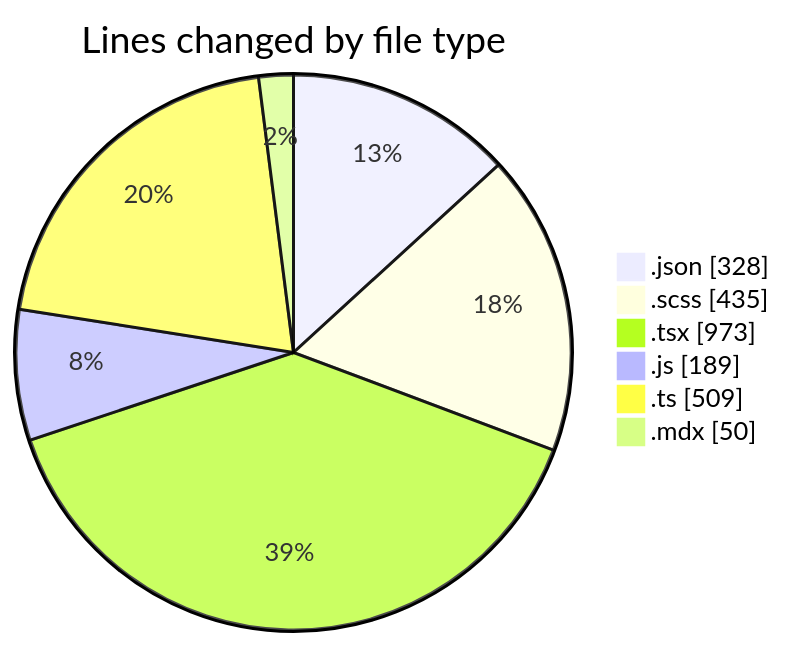
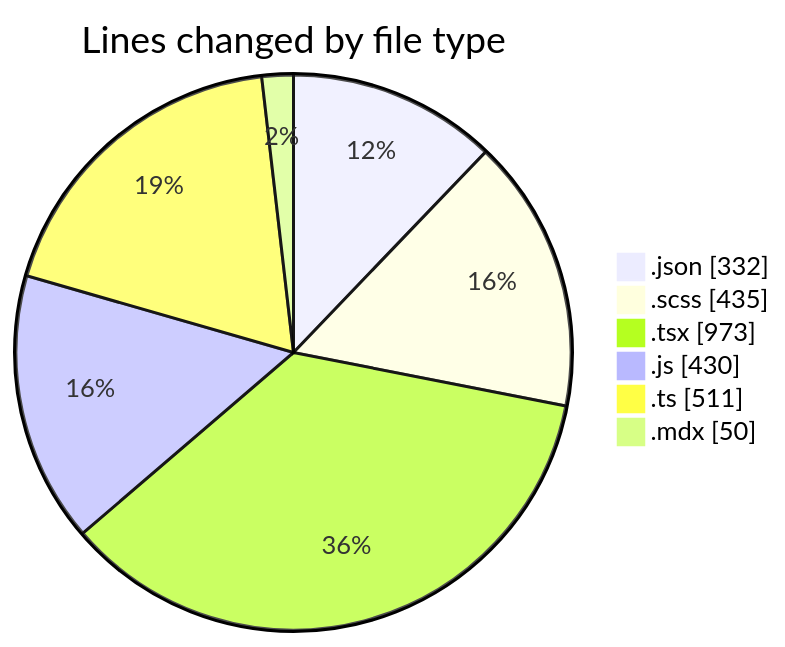
The first of 2 diagrams in 2026-04-20/cda/README.md (momahboobian/code-tracking), drawn with Mermaid before and after one commit. The commit also changed other lines of this file and 1 other file, not shown here.

````diff
--- a/2026-04-20/cda/README.md
+++ b/2026-04-20/cda/README.md
@@ -32,10 +33,10 @@
 ```mermaid
 pie showData
 title Lines changed by file type
-".json" : 328
+".json" : 332
 ".scss" : 435
 ".tsx" : 973
-".js" : 189
-".ts" : 509
+".js" : 430
+".ts" : 511
 ".mdx" : 50
 ```
````
